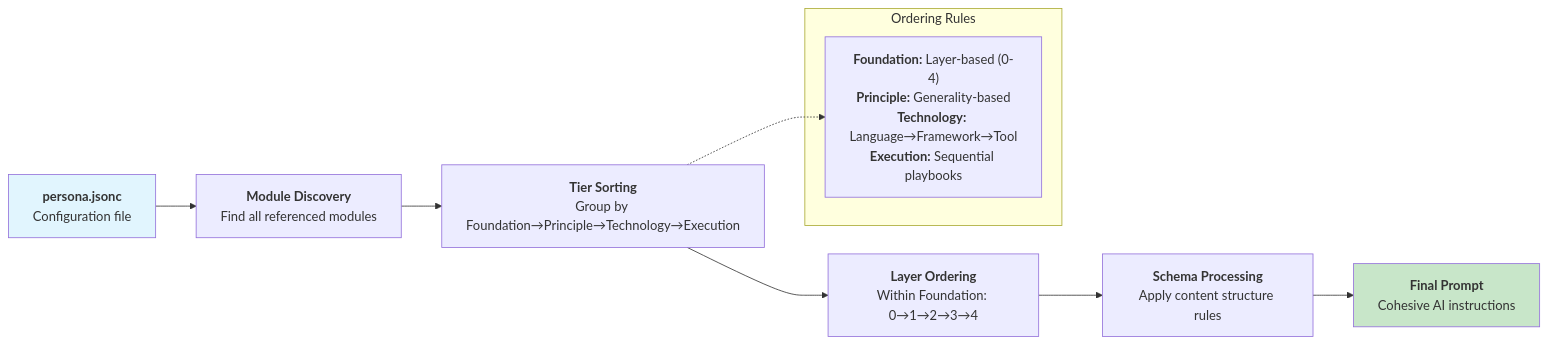
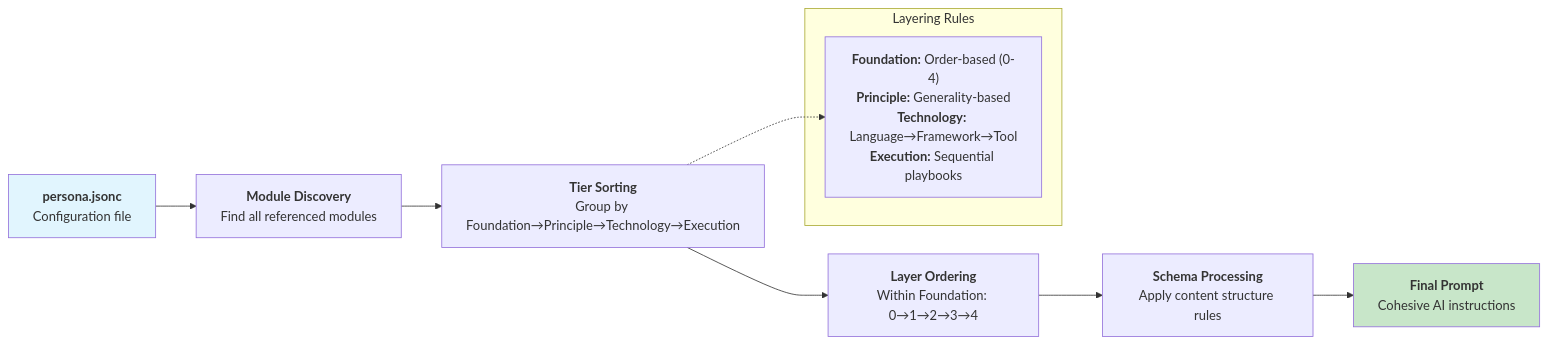
One commit to synthable/copilot-instructions-cli changed the diagram in docs/2-user-guide/02-cli-reference.md. Above: the diagram before and after it, drawn with Mermaid. The commit also changed other lines of this file and 23 other files, not shown here.

First line of the commit message:
refactor: standardize foundation module terminology from "layer" to "order"

````diff
--- a/docs/2-user-guide/02-cli-reference.md
+++ b/docs/2-user-guide/02-cli-reference.md
@@ -106,30 +106,30 @@
 ```mermaid
 graph LR
     A["`**persona.jsonc**
     Configuration file`"] --> B["`**Module Discovery**
     Find all referenced modules`"]
 
     B --> C["`**Tier Sorting**
     Group by Foundation→Principle→Technology→Execution`"]
 
     C --> D["`**Layer Ordering**
     Within Foundation: 0→1→2→3→4`"]
 
     D --> E["`**Schema Processing**
     Apply content structure rules`"]
 
     E --> F["`**Final Prompt**
     Cohesive AI instructions`"]
 
-    subgraph "Ordering Rules"
-        G["`**Foundation:** Layer-based (0-4)
+    subgraph "Layering Rules"
+        G["`**Foundation:** Order-based (0-4)
         **Principle:** Generality-based
         **Technology:** Language→Framework→Tool
         **Execution:** Sequential playbooks`"]
     end
 
     C -.-> G
 
     style A fill:#e1f5fe
     style F fill:#c8e6c9
 ```
````
